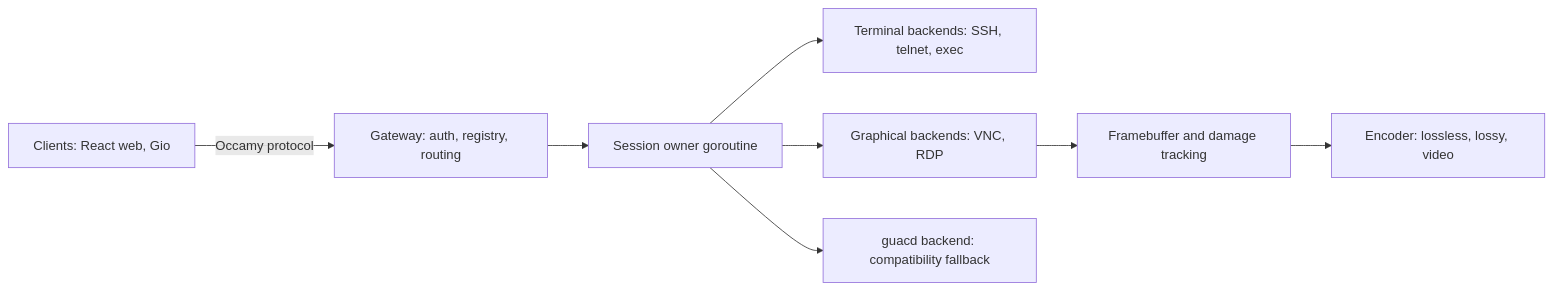
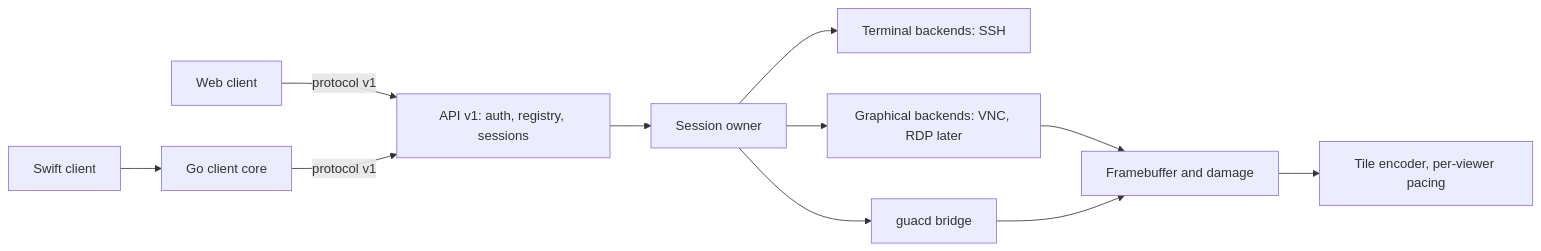
One commit to changkun/occamy changed the first of 2 diagrams in specs/008-native-architecture.md. Above: the diagram before and after it, drawn with Mermaid. The commit also changed other lines of this file and 11 other files, not shown here.

First line of the commit message:
specs: break down 008-native-architecture into sub-design specs

````diff
--- a/specs/008-native-architecture.md
+++ b/specs/008-native-architecture.md
@@ -61,10 +127,12 @@
 ```mermaid
 flowchart LR
-  C[Clients: React web, Gio] -- Occamy protocol --> GW[Gateway: auth, registry, routing]
-  GW --> SE[Session owner goroutine]
-  SE --> TB[Terminal backends: SSH, telnet, exec]
-  SE --> GB[Graphical backends: VNC, RDP]
-  GB --> FB[Framebuffer and damage tracking]
-  FB --> EN[Encoder: lossless, lossy, video]
-  SE --> GD[guacd backend: compatibility fallback]
+  W[Web client] -- protocol v1 --> GW
+  SW[Swift client] --> CC[Go client core] -- protocol v1 --> GW
+  GW[API v1: auth, registry, sessions] --> SE[Session owner]
+  SE --> TB[Terminal backends: SSH]
+  SE --> GB[Graphical backends: VNC, RDP later]
+  SE --> BR[guacd bridge]
+  GB --> FB[Framebuffer and damage]
+  BR --> FB
+  FB --> EN[Tile encoder, per-viewer pacing]
 ```
````
